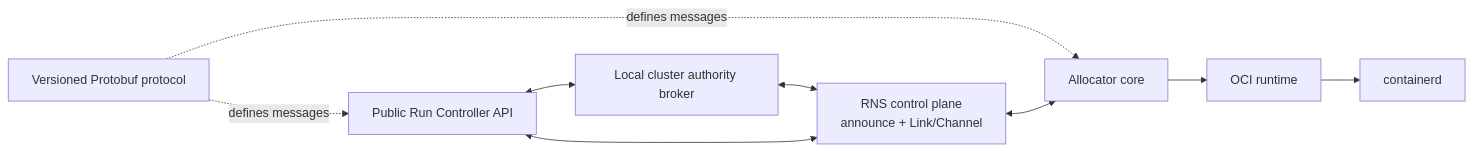
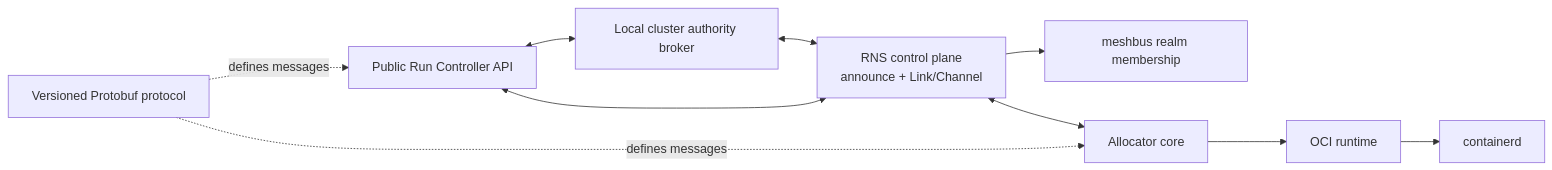
The first of 2 diagrams in ARCHITECTURE.md (mytecor/r1s), drawn with Mermaid before and after one commit. The commit also changed other lines of this file and 24 other files, not shown here.

First line of the commit message:
feat: F24 brokerless meshbus extraction — realm, direct messages, bounded pub/sub

````diff
--- a/ARCHITECTURE.md
+++ b/ARCHITECTURE.md
@@ -26,19 +26,21 @@
 ```mermaid
 flowchart LR
     Protocol[Versioned Protobuf protocol]
     Client[Public Run Controller API]
     Broker[Local cluster authority broker]
+    Realm[meshbus realm membership]
     Fabric[RNS control plane<br/>announce + Link/Channel]
     Allocator[Allocator core]
     Runtime[OCI runtime]
     Containerd[containerd]
 
     Protocol -. defines messages .-> Client
     Protocol -. defines messages .-> Allocator
     Client <--> Broker
     Broker <--> Fabric
     Client <--> Fabric
+    Fabric --> Realm
     Fabric <--> Allocator
     Allocator --> Runtime
     Runtime --> Containerd
 ```
````
